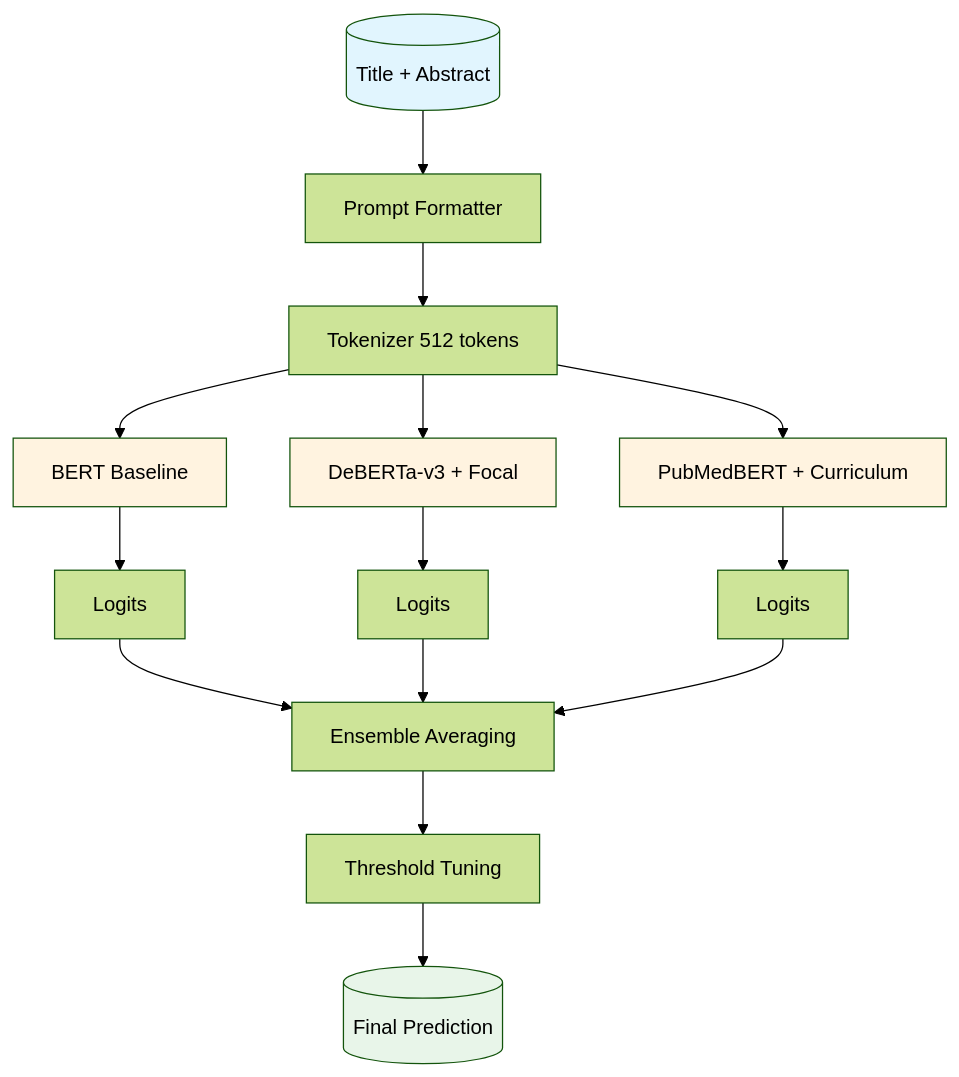
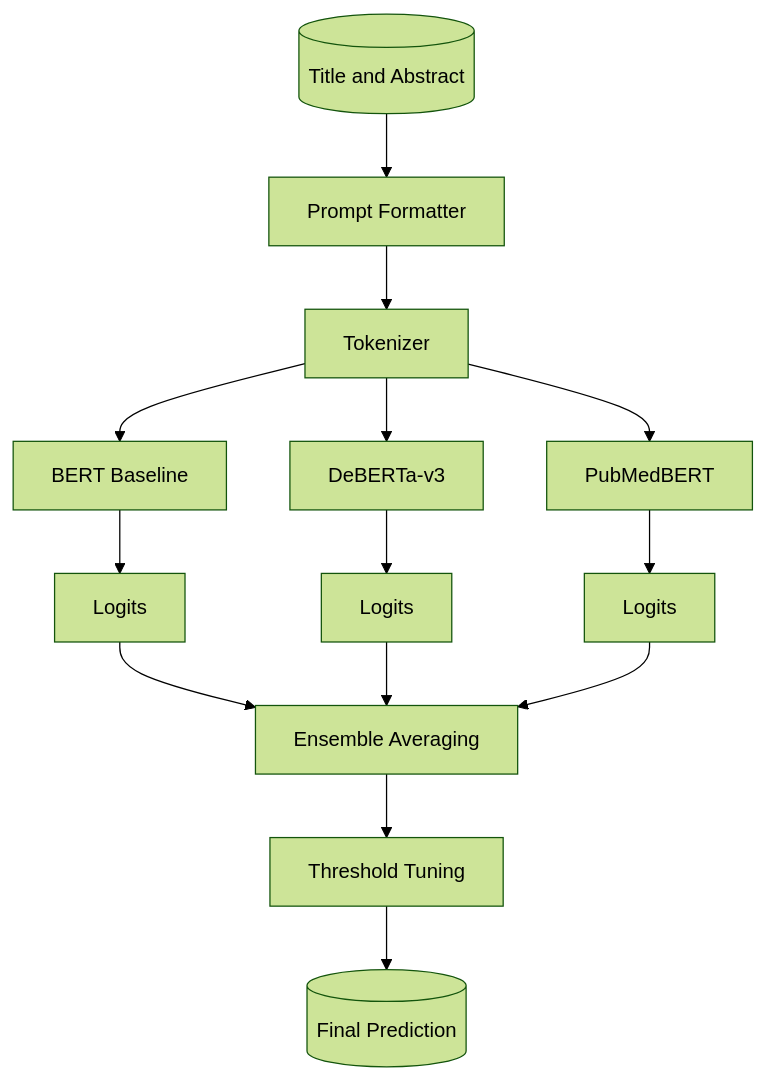
The third of 4 diagrams in _pages/projects.md (Mahim05078/mahim05078.github.io), drawn with Mermaid (forest theme) before and after one commit. The commit also changed other lines of this file, not shown here.

Commit message:
update Dec 25:6 - mermaid diagrams

````diff
--- a/_pages/projects.md
+++ b/_pages/projects.md
@@ -92,22 +84,16 @@
-<div class="mermaid">
+```mermaid
 flowchart TD
-    A[(Title + Abstract)] --> B[Prompt Formatter]
-    B --> C[Tokenizer 512 tokens]
+    A[(Title and Abstract)] --> B[Prompt Formatter]
+    B --> C[Tokenizer]
     C --> D[BERT Baseline]
-    C --> E[DeBERTa-v3 + Focal]
-    C --> F[PubMedBERT + Curriculum]
+    C --> E[DeBERTa-v3]
+    C --> F[PubMedBERT]
     D --> G[Logits]
     E --> H[Logits]
     F --> I[Logits]
     G --> J[Ensemble Averaging]
     H --> J
     I --> J
     J --> K[Threshold Tuning]
     K --> L[(Final Prediction)]
-
-    style A fill:#e1f5fe
-    style D fill:#fff3e0
-    style E fill:#fff3e0
-    style F fill:#fff3e0
-    style L fill:#e8f5e9
-</div>
+```
````
